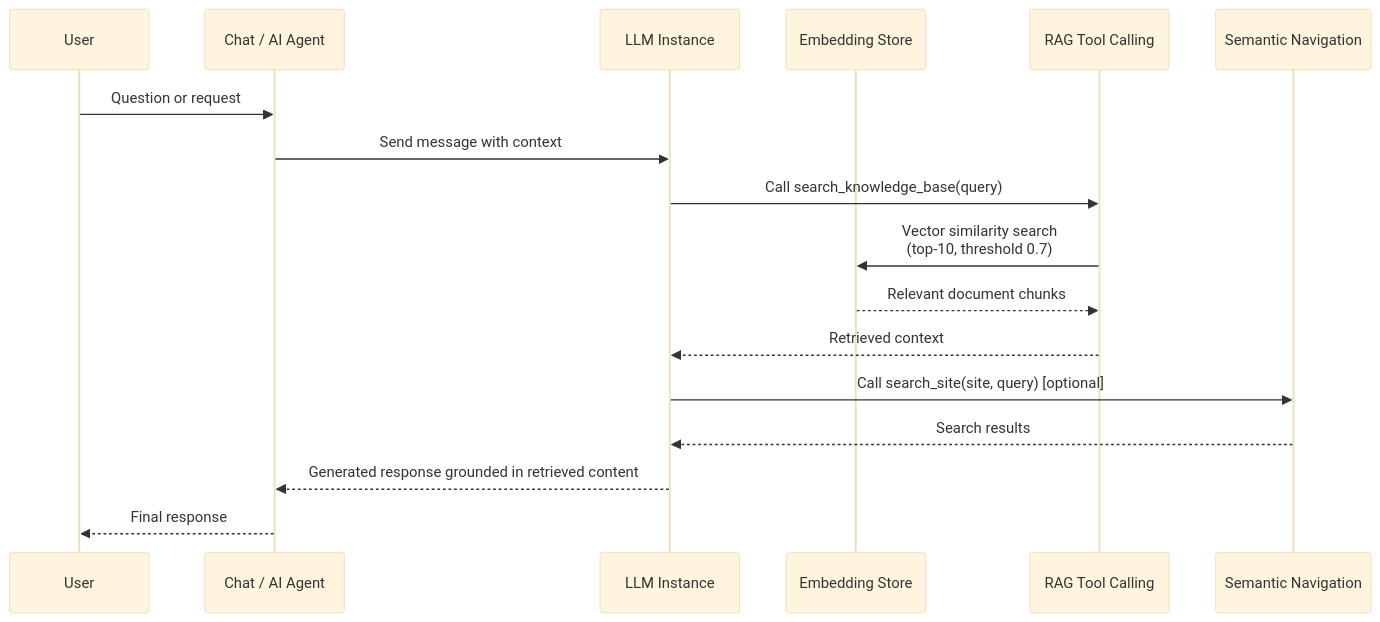
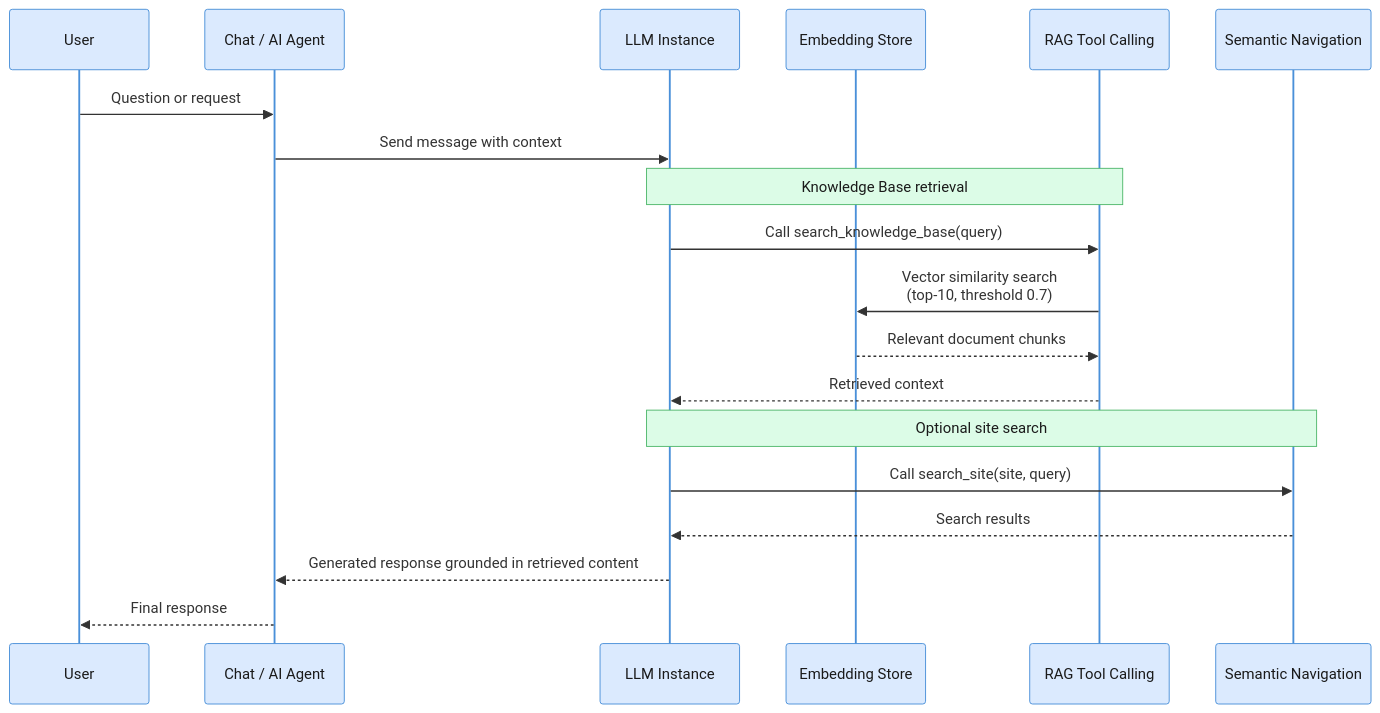
One commit to openviglet/docs changed the diagram in diagrams/turing-rag-flow.mmd. Above: the diagram before and after it, drawn with Mermaid. The commit also changed 49 other files, not shown here.

First line of the commit message:
Standardize Mermaid diagrams and conventions

```diff
--- a/diagrams/turing-rag-flow.mmd
+++ b/diagrams/turing-rag-flow.mmd
@@ -1,19 +1,26 @@
-%%{init: {'theme': 'base', 'themeVariables': {'fontSize': '14px'}}}%%
+%%{init: {'theme': 'base', 'themeVariables': {'fontSize': '13px', 'actorBkg': '#dbeafe', 'actorBorder': '#4A90D9', 'actorTextColor': '#1a1a1a', 'activationBkgColor': '#ede9fe', 'activationBorderColor': '#9B6EC5', 'labelBoxBkgColor': '#fef3c7', 'labelBoxBorderColor': '#E8A838', 'labelTextColor': '#1a1a1a', 'loopTextColor': '#b07a1a', 'noteBkgColor': '#dcfce7', 'noteBorderColor': '#50B86C', 'noteTextColor': '#1a1a1a', 'signalColor': '#333', 'signalTextColor': '#333'}}}%%
 sequenceDiagram
     participant User
     participant Chat as Chat / AI Agent
     participant LLM as LLM Instance
     participant Emb as Embedding Store
     participant RAGTool as RAG Tool Calling
     participant SN as Semantic Navigation
 
     User->>Chat: Question or request
     Chat->>LLM: Send message with context
+
+    Note over LLM,RAGTool: Knowledge Base retrieval
+
     LLM->>RAGTool: Call search_knowledge_base(query)
     RAGTool->>Emb: Vector similarity search<br/>(top-10, threshold 0.7)
     Emb-->>RAGTool: Relevant document chunks
     RAGTool-->>LLM: Retrieved context
-    LLM->>SN: Call search_site(site, query) [optional]
+
+    Note over LLM,SN: Optional site search
+
+    LLM->>SN: Call search_site(site, query)
     SN-->>LLM: Search results
+
     LLM-->>Chat: Generated response grounded in retrieved content
     Chat-->>User: Final response
```
